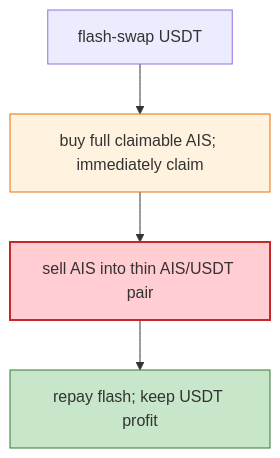
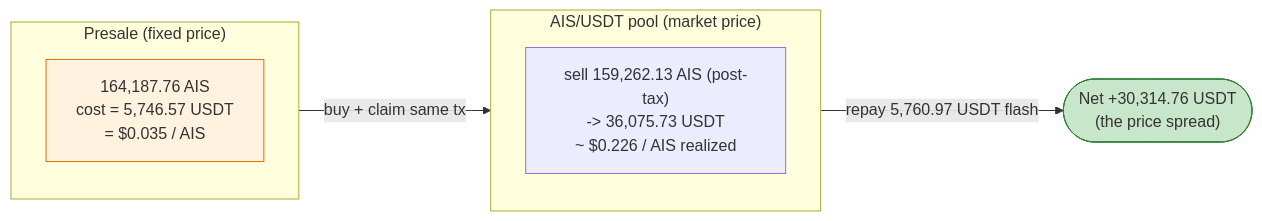
One commit to sanbir/evm-hack-registry changed the fourth of 4 diagrams in 2026-06-AISOTHPresale_exp/AISOTHPresale_exp.md. Above: the diagram before and after it, drawn with Mermaid. The commit also changed other lines of this file and 32 other files, not shown here.

````diff
--- a/2026-06-AISOTHPresale_exp/AISOTHPresale_exp.md
+++ b/2026-06-AISOTHPresale_exp/AISOTHPresale_exp.md
@@ -37,10 +355,14 @@
 ```mermaid
-flowchart TD
-    FL["flash-swap USDT"] --> BC["buy full claimable AIS; immediately claim"]
-    BC --> SELL["sell AIS into thin AIS/USDT pair"]
-    SELL --> RP["repay flash; keep USDT profit"]
+flowchart LR
+    subgraph Presale["Presale (fixed price)"]
+        B["164,187.76 AIS<br/>cost = 5,746.57 USDT<br/>= $0.035 / AIS"]
+    end
+    subgraph Market["AIS/USDT pool (market price)"]
+        M["sell 159,262.13 AIS (post-tax)<br/>-> 36,075.73 USDT<br/>~ $0.226 / AIS realized"]
+    end
+    Presale -->|"buy + claim same tx"| Market
+    Market -->|"repay 5,760.97 USDT flash"| Profit(["Net +30,314.76 USDT<br/>(the price spread)"])
 
-    style BC fill:#fff3e0,stroke:#ef6c00
-    style SELL fill:#ffcdd2,stroke:#c62828,stroke-width:2px
-    style RP fill:#c8e6c9,stroke:#2e7d32
+    style B fill:#fff3e0,stroke:#ef6c00
+    style Profit fill:#c8e6c9,stroke:#2e7d32
 ```
````
